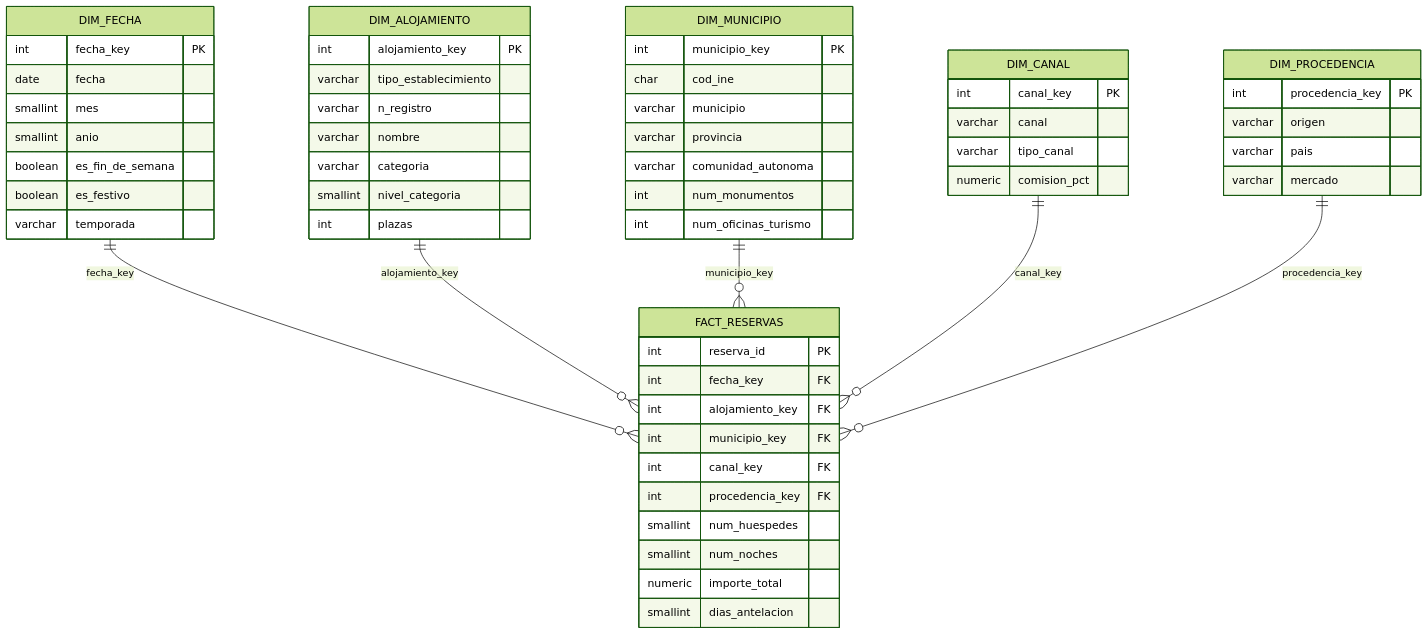
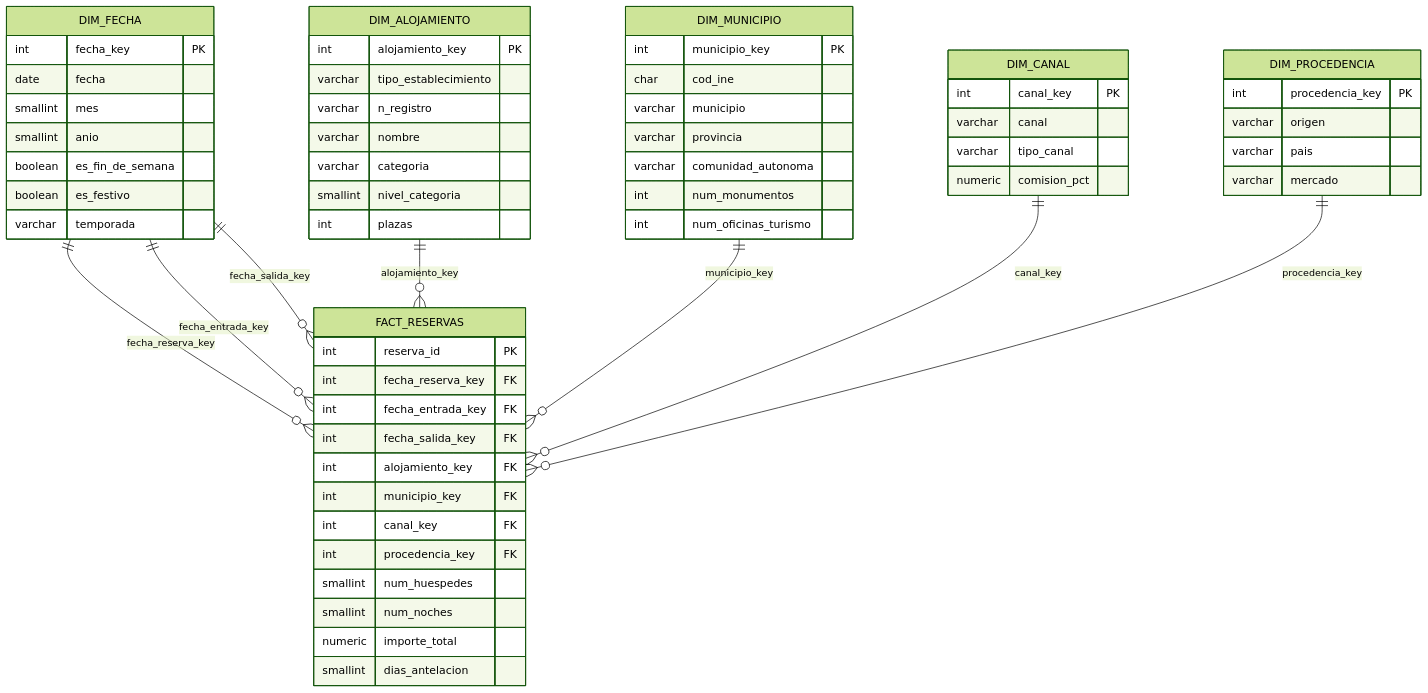
Before and after one commit to GeorgiF0x/SmartTour-BigData: the diagram in docs/lab05a/README.md, drawn with Mermaid (forest theme). The commit also changed 14 other files, not shown here.

First line of the commit message:
feat(dw): fechas de reserva, entrada y salida en fact_reservas

````diff
--- a/docs/lab05a/README.md
+++ b/docs/lab05a/README.md
@@ -51,60 +51,64 @@
 ```mermaid
 erDiagram
-    DIM_FECHA ||--o{ FACT_RESERVAS : "fecha_key"
+    DIM_FECHA ||--o{ FACT_RESERVAS : "fecha_reserva_key"
+    DIM_FECHA ||--o{ FACT_RESERVAS : "fecha_entrada_key"
+    DIM_FECHA ||--o{ FACT_RESERVAS : "fecha_salida_key"
     DIM_ALOJAMIENTO ||--o{ FACT_RESERVAS : "alojamiento_key"
     DIM_MUNICIPIO ||--o{ FACT_RESERVAS : "municipio_key"
     DIM_CANAL ||--o{ FACT_RESERVAS : "canal_key"
     DIM_PROCEDENCIA ||--o{ FACT_RESERVAS : "procedencia_key"
 
     FACT_RESERVAS {
         int reserva_id PK
-        int fecha_key FK
+        int fecha_reserva_key FK
+        int fecha_entrada_key FK
+        int fecha_salida_key FK
         int alojamiento_key FK
         int municipio_key FK
         int canal_key FK
         int procedencia_key FK
         smallint num_huespedes
         smallint num_noches
         numeric importe_total
         smallint dias_antelacion
     }
     DIM_FECHA {
         int fecha_key PK
         date fecha
         smallint mes
         smallint anio
         boolean es_fin_de_semana
         boolean es_festivo
         varchar temporada
     }
     DIM_ALOJAMIENTO {
         int alojamiento_key PK
         varchar tipo_establecimiento
         varchar n_registro
         varchar nombre
         varchar categoria
         smallint nivel_categoria
         int plazas
     }
     DIM_MUNICIPIO {
         int municipio_key PK
         char cod_ine
         varchar municipio
         varchar provincia
         varchar comunidad_autonoma
         int num_monumentos
         int num_oficinas_turismo
     }
     DIM_CANAL {
         int canal_key PK
         varchar canal
         varchar tipo_canal
         numeric comision_pct
     }
     DIM_PROCEDENCIA {
         int procedencia_key PK
         varchar origen
         varchar pais
         varchar mercado
     }
 ```
````
